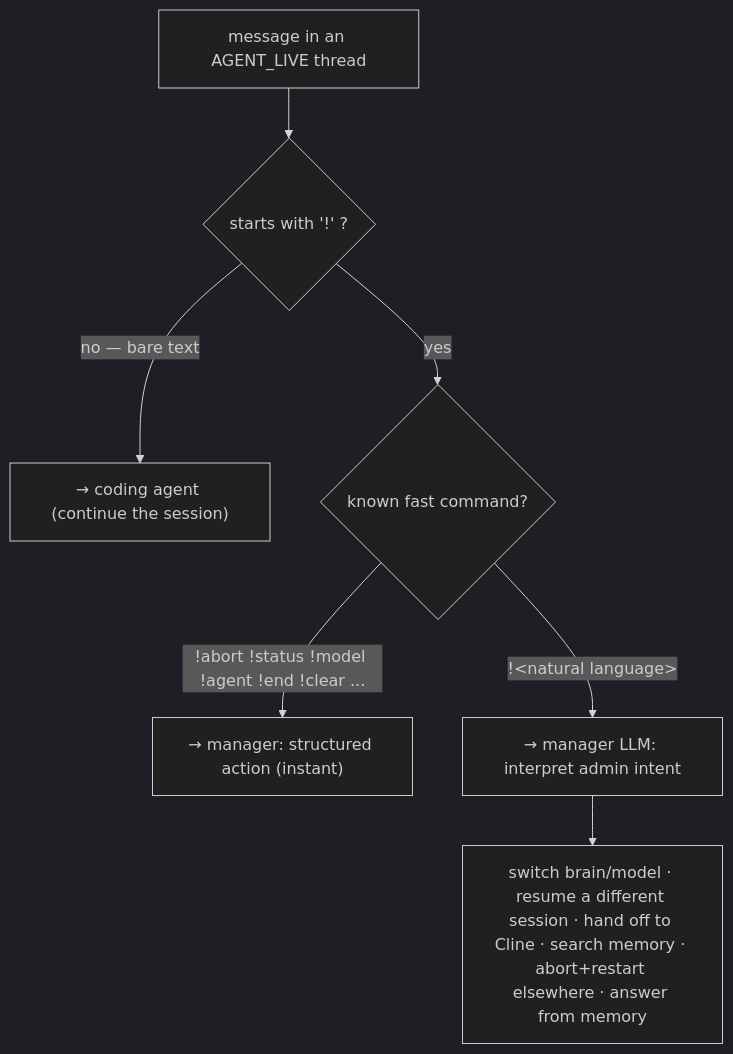
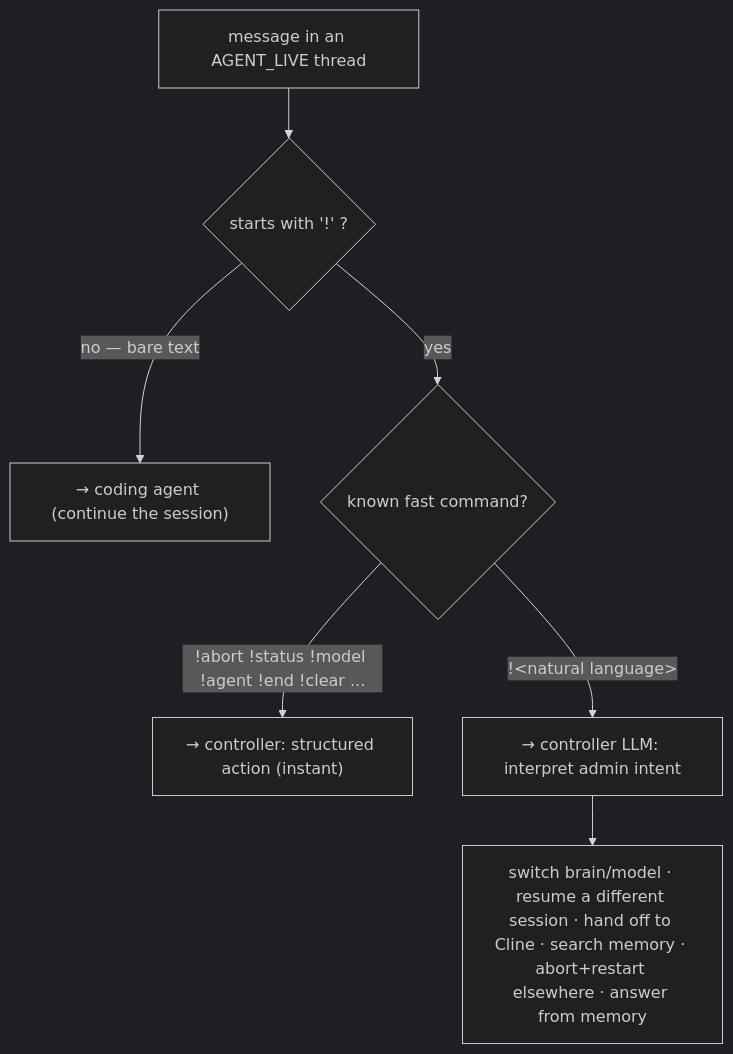
One commit to rupeshcash/cli-controller changed diagram 13 of 13 in plans/architecture/arch_2_sequence.md. Above: the diagram before and after it, drawn with Mermaid (dark theme). The commit also changed other lines of this file and 10 other files, not shown here.

````diff
--- a/plans/architecture/arch_2_sequence.md
+++ b/plans/architecture/arch_2_sequence.md
@@ -453,9 +455,9 @@
 ```mermaid
 flowchart TD
   M["message in an AGENT_LIVE thread"] --> B{"starts with '!' ?"}
   B -- "no — bare text" --> AG["→ coding agent (continue the session)"]
   B -- "yes" --> K{"known fast command?"}
-  K -- "!abort !status !model !agent !end !clear ..." --> FAST["→ manager: structured action (instant)"]
-  K -- "!&lt;natural language&gt;" --> NL["→ manager LLM: interpret admin intent"]
+  K -- "!abort !status !model !agent !end !clear ..." --> FAST["→ controller: structured action (instant)"]
+  K -- "!&lt;natural language&gt;" --> NL["→ controller LLM: interpret admin intent"]
   NL --> ACT["switch brain/model · resume a different session · hand off to Cline · search memory · abort+restart elsewhere · answer from memory"]
 ```
````
